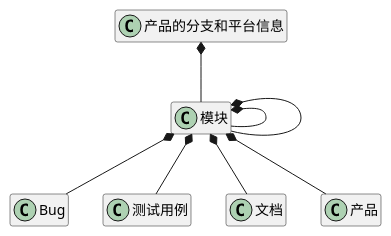
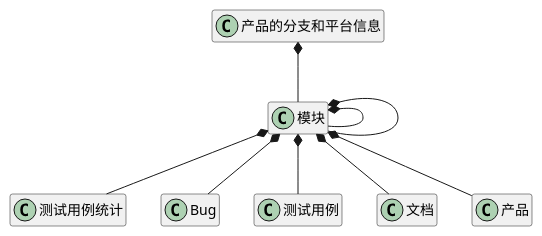
The diagram in ibizpms-docs/src/main/doc/v1/module/zentao/Module_old.md (zj335841911/nt_chandao), drawn with PlantUML before and after one commit. The commit also changed 38 other files, not shown here.

```diff
--- a/ibizpms-docs/src/main/doc/v1/module/zentao/Module_old.md
+++ b/ibizpms-docs/src/main/doc/v1/module/zentao/Module_old.md
@@ -6,10 +6,11 @@
 {% plantuml %}
+模块 *-- 测试用例统计 
 模块 *-- Bug 
 模块 *-- 测试用例 
 模块 *-- 文档 
 模块 *-- 产品 
 模块 *-- 模块 
 产品的分支和平台信息 *-- 模块 
 模块 *-- 模块 
 hide members
 {% endplantuml %}
```
